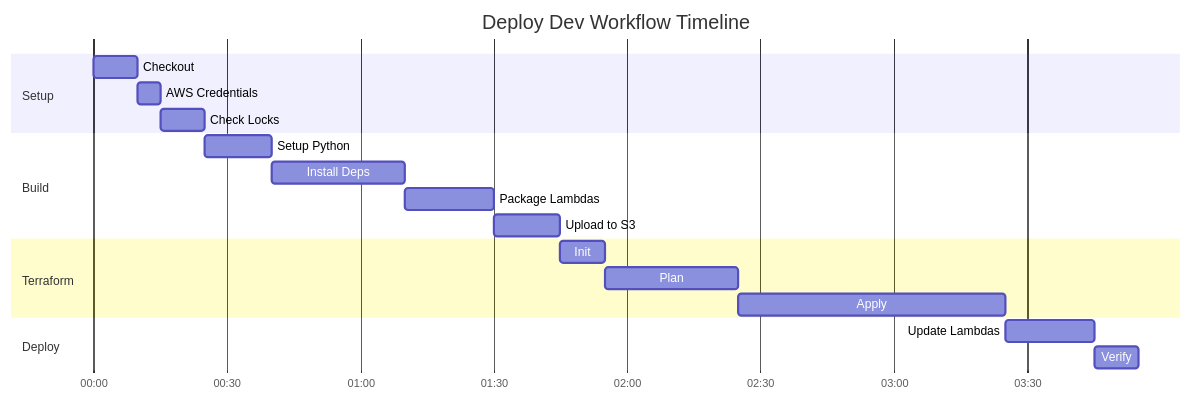
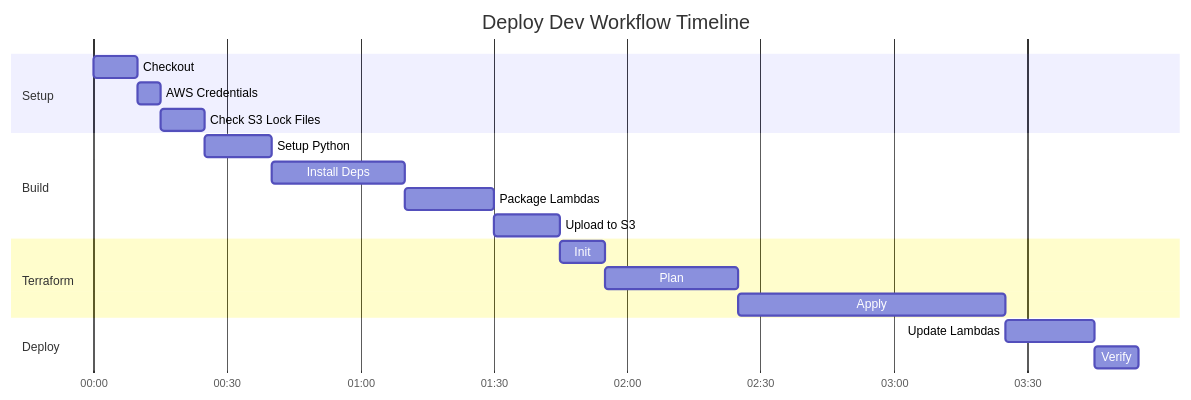
One commit to traylorre/sentiment-analyzer-gsk changed the eighth of 9 diagrams in docs/TERRAFORM_DEPLOYMENT_FLOW.md. Above: the diagram before and after it, drawn with Mermaid. The commit also changed other lines of this file and 12 other files, not shown here.

First line of the commit message:
docs: Update all diagrams and documentation for S3 native locking

````diff
--- a/docs/TERRAFORM_DEPLOYMENT_FLOW.md
+++ b/docs/TERRAFORM_DEPLOYMENT_FLOW.md
@@ -261,26 +261,26 @@
 ```mermaid
 gantt
     title Deploy Dev Workflow Timeline
     dateFormat mm:ss
     axisFormat %M:%S
 
     section Setup
     Checkout           :a1, 00:00, 10s
     AWS Credentials    :a2, after a1, 5s
-    Check Locks        :a3, after a2, 10s
+    Check S3 Lock Files:a3, after a2, 10s
 
     section Build
     Setup Python       :b1, after a3, 15s
     Install Deps       :b2, after b1, 30s
     Package Lambdas    :b3, after b2, 20s
     Upload to S3       :b4, after b3, 15s
 
     section Terraform
     Init               :c1, after b4, 10s
     Plan               :c2, after c1, 30s
     Apply              :c3, after c2, 60s
 
     section Deploy
     Update Lambdas     :d1, after c3, 20s
     Verify             :d2, after d1, 10s
 ```
````
